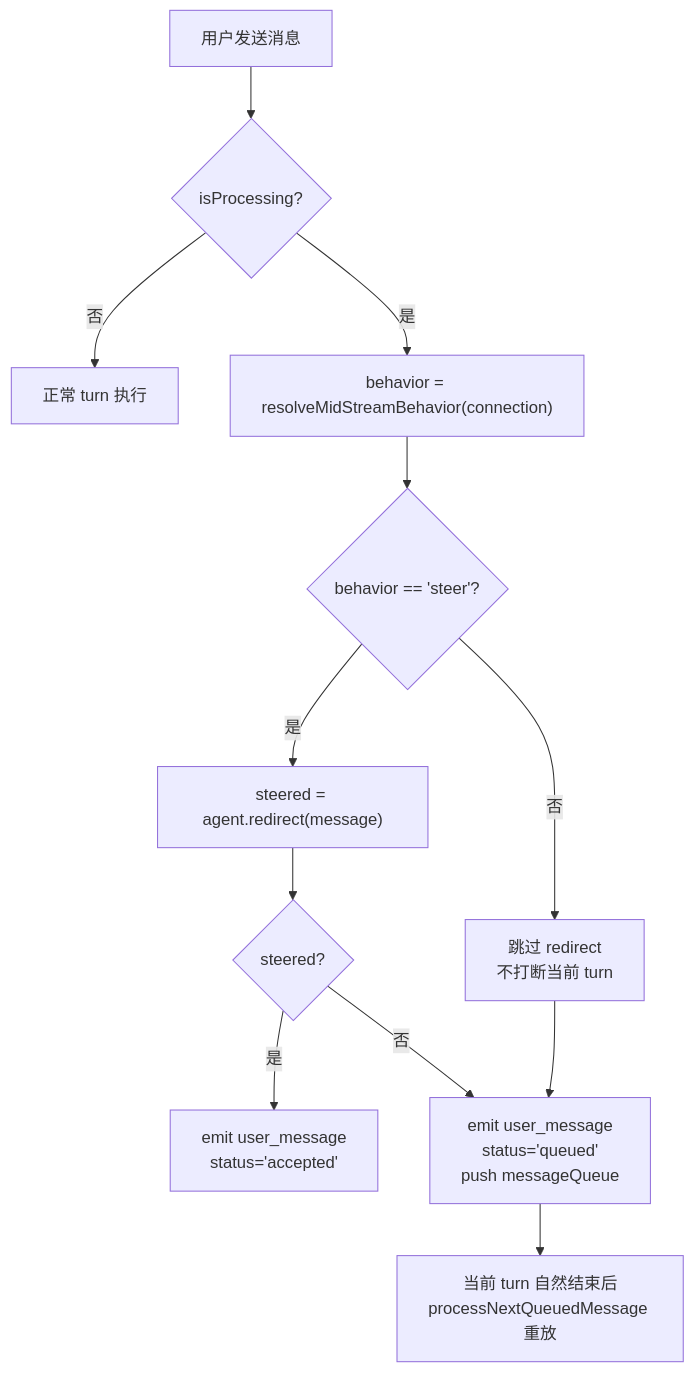
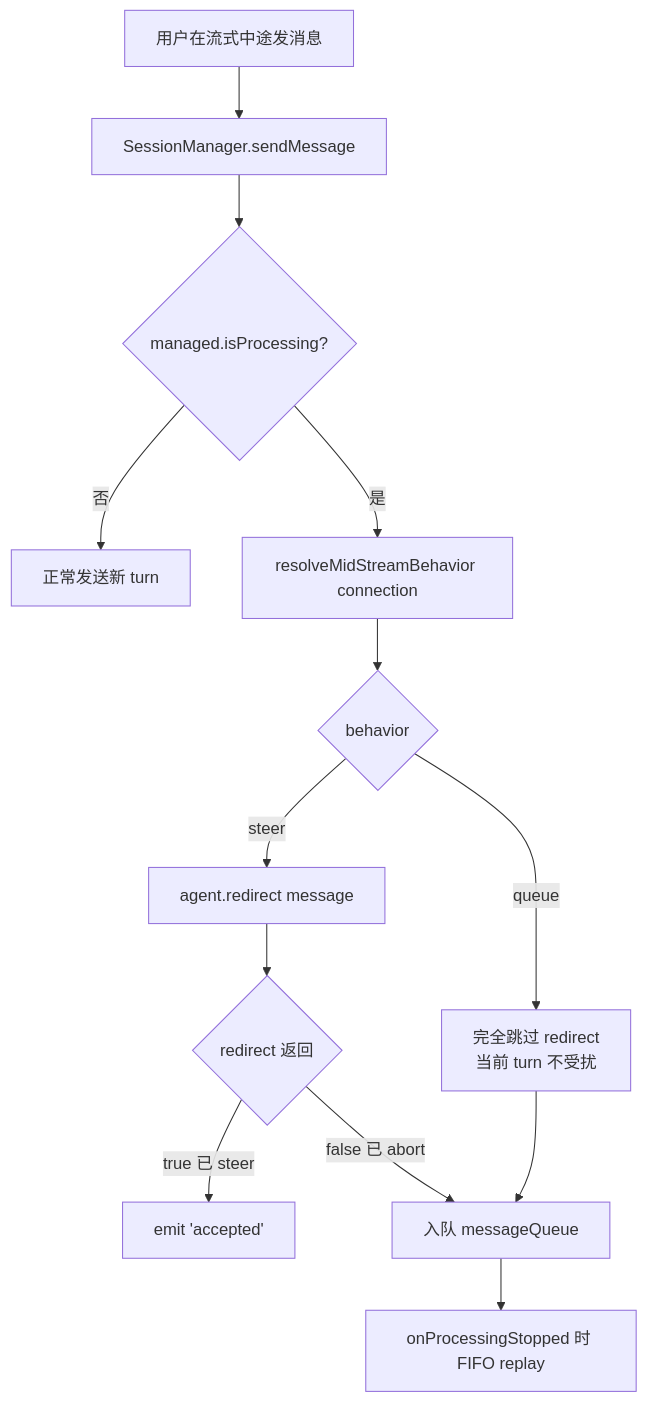
One commit to TTsWorld/craft-agents-oss changed the sixth of 7 diagrams in docs/code-research/02_mechanism_agent.md. Above: the diagram before and after it, drawn with Mermaid. The commit also changed other lines of this file and 13 other files, not shown here.

````diff
--- a/docs/code-research/02_mechanism_agent.md
+++ b/docs/code-research/02_mechanism_agent.md
@@ -206,14 +309,15 @@
 ```mermaid
 flowchart TD
-  A["用户发送消息"] --> B{"isProcessing?"}
-  B -->|否| Z["正常 turn 执行"]
-  B -->|是| C["behavior = resolveMidStreamBehavior(connection)"]
-  C --> D{"behavior == 'steer'?"}
-  D -->|是| E["steered = agent.redirect(message)"]
-  D -->|否| F["跳过 redirect<br/>不打断当前 turn"]
-  E --> G{"steered?"}
-  G -->|是| H["emit user_message<br/>status='accepted'"]
-  G -->|否| I["emit user_message<br/>status='queued'<br/>push messageQueue"]
-  F --> I
-  I --> J["当前 turn 自然结束后<br/>processNextQueuedMessage 重放"]
+    U[用户在流式中途发消息] --> SM[SessionManager.sendMessage]
+    SM --> P{managed.isProcessing?}
+    P -->|否| Normal[正常发送新 turn]
+    P -->|是| R[resolveMidStreamBehavior connection]
+    R --> B{behavior}
+    B -->|steer| ST[agent.redirect message]
+    B -->|queue| SKIP[完全跳过 redirect<br/>当前 turn 不受扰]
+    ST --> RC{redirect 返回}
+    RC -->|true 已 steer| ACC[emit 'accepted']
+    RC -->|false 已 abort| Q[入队 messageQueue]
+    SKIP --> Q
+    Q --> RY[onProcessingStopped 时 FIFO replay]
 ```
````
